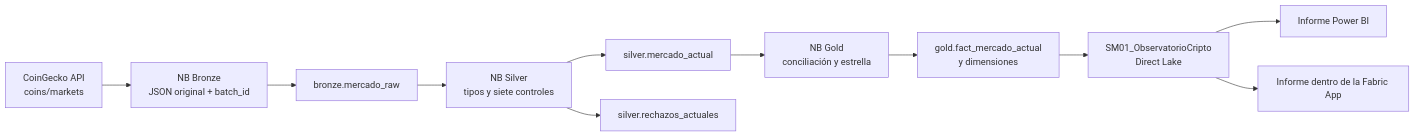
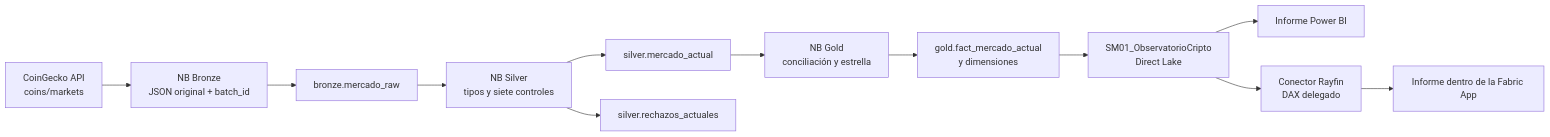
Before and after one commit to vicente2121/datadays-cripto-portfolio: the first of 2 diagrams in docs/arquitectura.md, drawn with Mermaid. The commit also changed other lines of this file and 1 other file, not shown here.

Commit message:
Documenta el conector publicado de la app

````diff
--- a/docs/arquitectura.md
+++ b/docs/arquitectura.md
@@ -7,13 +7,14 @@
 ```mermaid
 flowchart LR
   A[CoinGecko API<br/>coins/markets] --> B[NB Bronze<br/>JSON original + batch_id]
   B --> C[bronze.mercado_raw]
   C --> D[NB Silver<br/>tipos y siete controles]
   D --> E[silver.mercado_actual]
   D --> R[silver.rechazos_actuales]
   E --> F[NB Gold<br/>conciliación y estrella]
   F --> G[gold.fact_mercado_actual<br/>y dimensiones]
   G --> H[SM01_ObservatorioCripto<br/>Direct Lake]
   H --> I[Informe Power BI]
-  H --> J[Informe dentro de la Fabric App]
+  H --> J[Conector Rayfin<br/>DAX delegado]
+  J --> K[Informe dentro de la Fabric App]
 ```
````
